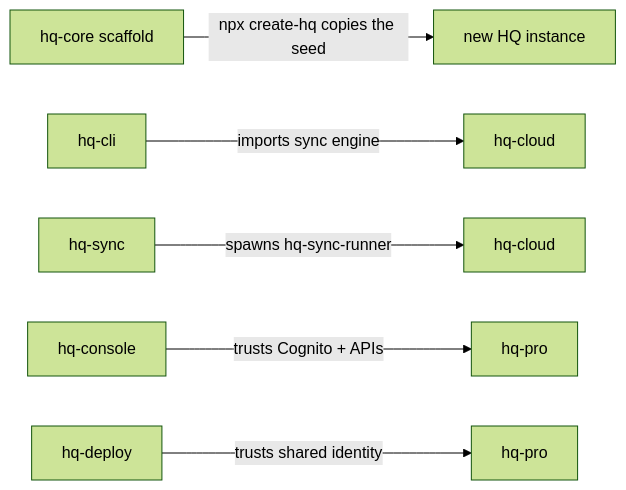
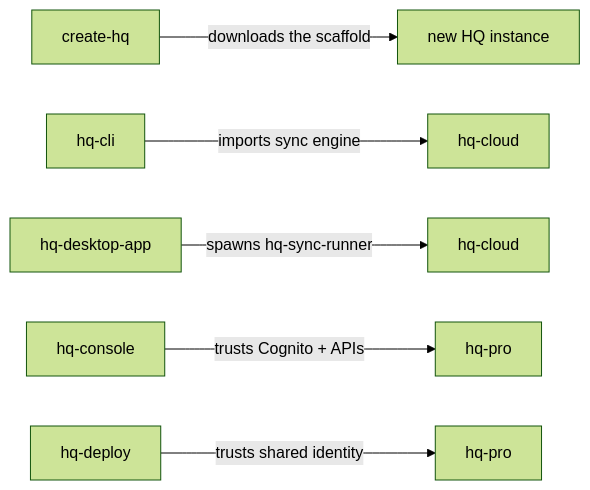
The fifth of 5 diagrams in src/content/docs/hq/architecture/1-overview.mdx (indigoai-us/indigo-docs), drawn with Mermaid (forest theme) before and after one commit. The commit also changed other lines of this file and 92 other files, not shown here.

````diff
--- a/src/content/docs/hq/architecture/1-overview.mdx
+++ b/src/content/docs/hq/architecture/1-overview.mdx
@@ -129,8 +108,8 @@
 ```mermaid
 graph LR
-    createhq["hq-core scaffold"] -->|"npx create-hq copies the seed"| inst["new HQ instance"]
+    createhq["create-hq"] -->|"downloads the scaffold"| inst["new HQ instance"]
     hqcli["hq-cli"] -->|"imports sync engine"| hqcloud["hq-cloud"]
-    hqsync["hq-sync"] -->|"spawns hq-sync-runner"| hqcloud2["hq-cloud"]
+    desktop["hq-desktop-app"] -->|"spawns hq-sync-runner"| hqcloud2["hq-cloud"]
     console["hq-console"] -->|"trusts Cognito + APIs"| pro["hq-pro"]
     deploy["hq-deploy"] -->|"trusts shared identity"| pro2["hq-pro"]
 ```
````
